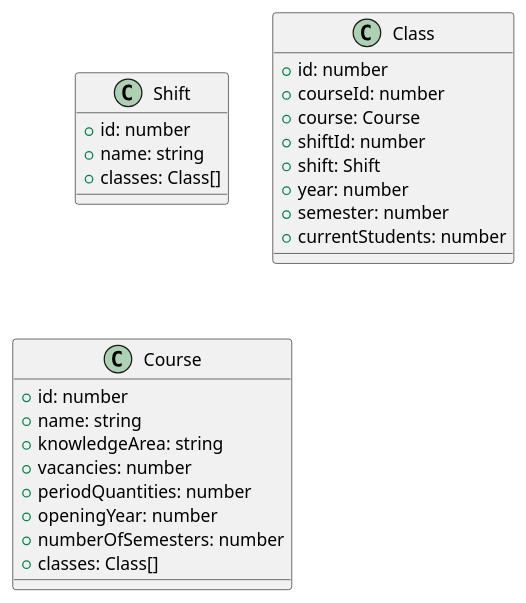
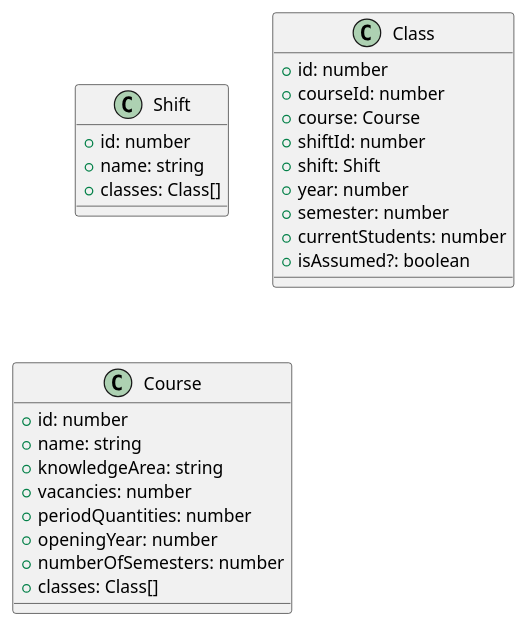
One commit to Grupo-5-Biopark/grupo05 changed the diagram in docs/uml/courses.puml. Above: the diagram before and after it, drawn with PlantUML. The commit also changed 13 other files, not shown here.

```diff
--- a/docs/uml/courses.puml
+++ b/docs/uml/courses.puml
@@ -1,27 +1,28 @@
 @startuml
 class Shift {
     +id: number
     +name: string
     +classes: Class[]
 }
 class Class {
     +id: number
     +courseId: number
     +course: Course
     +shiftId: number
     +shift: Shift
     +year: number
     +semester: number
     +currentStudents: number
+    +isAssumed?: boolean
 }
 class Course {
     +id: number
     +name: string
     +knowledgeArea: string
     +vacancies: number
     +periodQuantities: number
     +openingYear: number
     +numberOfSemesters: number
     +classes: Class[]
 }
 @enduml
```
